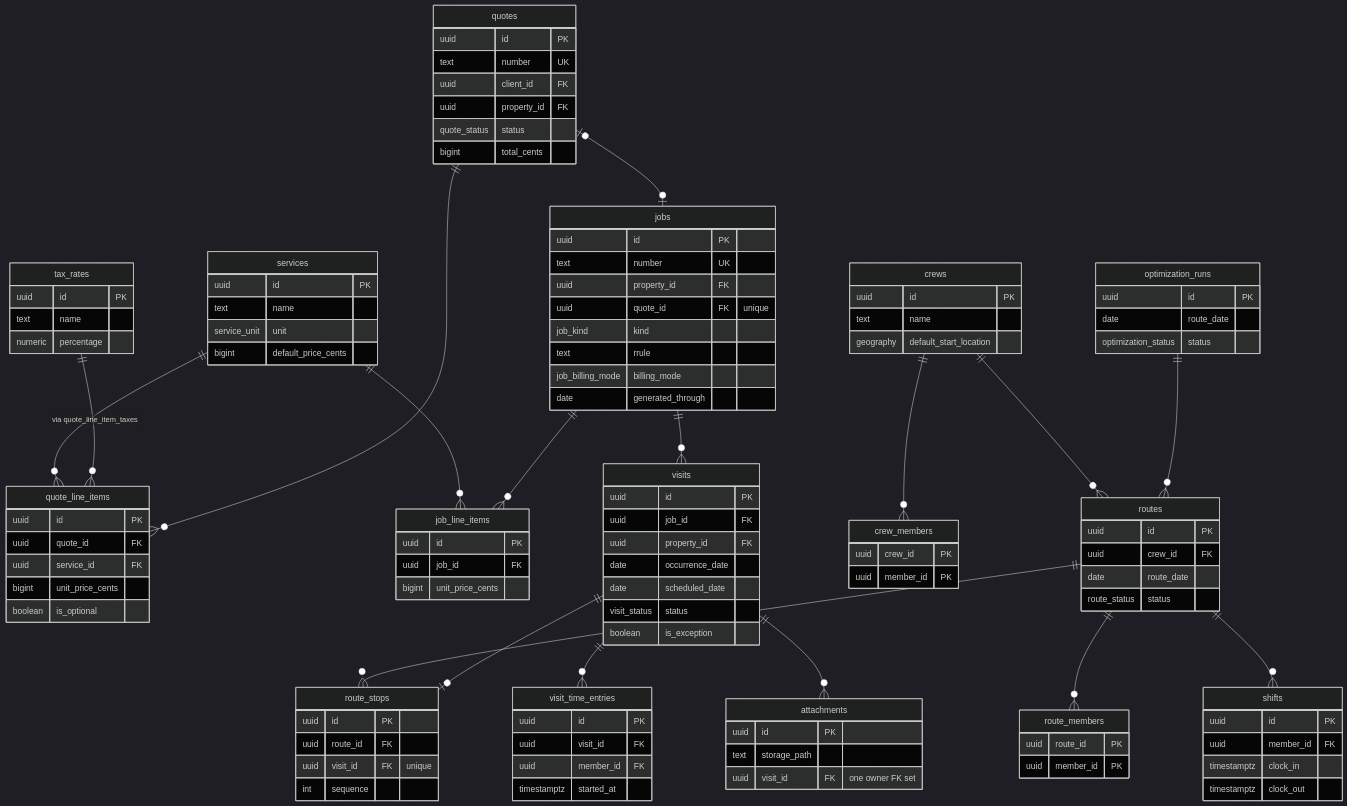
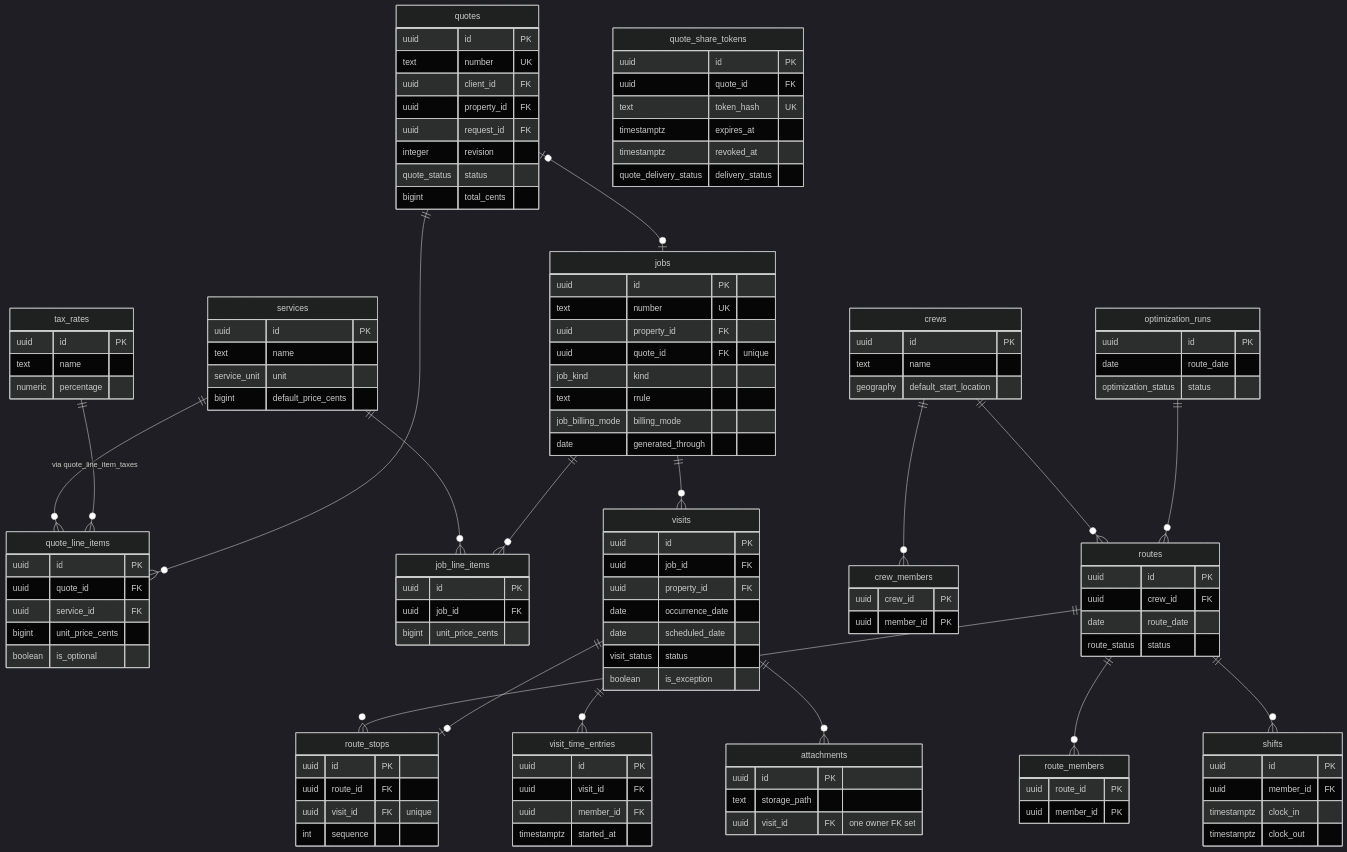
Before and after one commit to AbsoluteCRM/CRM: the third of 4 diagrams in docs/database/erd.md, drawn with Mermaid (dark theme). The commit also changed other lines of this file and 6 other files, not shown here.

First line of the commit message:
Add quote request link and share token schema

```diff
--- a/docs/database/erd.md
+++ b/docs/database/erd.md
@@ -136,8 +138,18 @@
         text number UK
         uuid client_id FK
         uuid property_id FK
+        uuid request_id FK
+        integer revision
         quote_status status
         bigint total_cents
+    }
+    quote_share_tokens {
+        uuid id PK
+        uuid quote_id FK
+        text token_hash UK
+        timestamptz expires_at
+        timestamptz revoked_at
+        quote_delivery_status delivery_status
     }
     quote_line_items {
         uuid id PK
```
